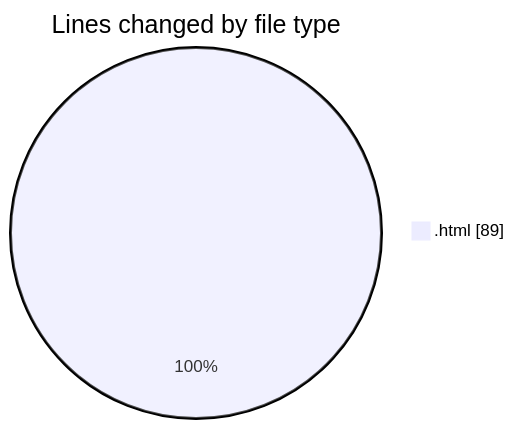
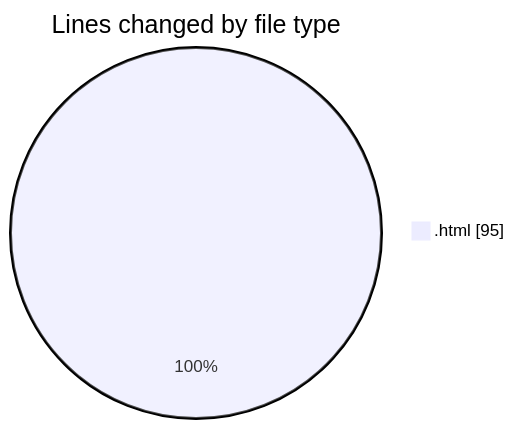
Before and after one commit to nxtqubesakshisongat/code-tracking: the first of 2 diagrams in 2025-10-24/javacript/README.md, drawn with Mermaid. The commit also changed other lines of this file and 1 other file, not shown here.

````diff
--- a/2025-10-24/javacript/README.md
+++ b/2025-10-24/javacript/README.md
@@ -20,5 +20,5 @@
 ```mermaid
 pie showData
 title Lines changed by file type
-".html" : 89
+".html" : 95
 ```
````
